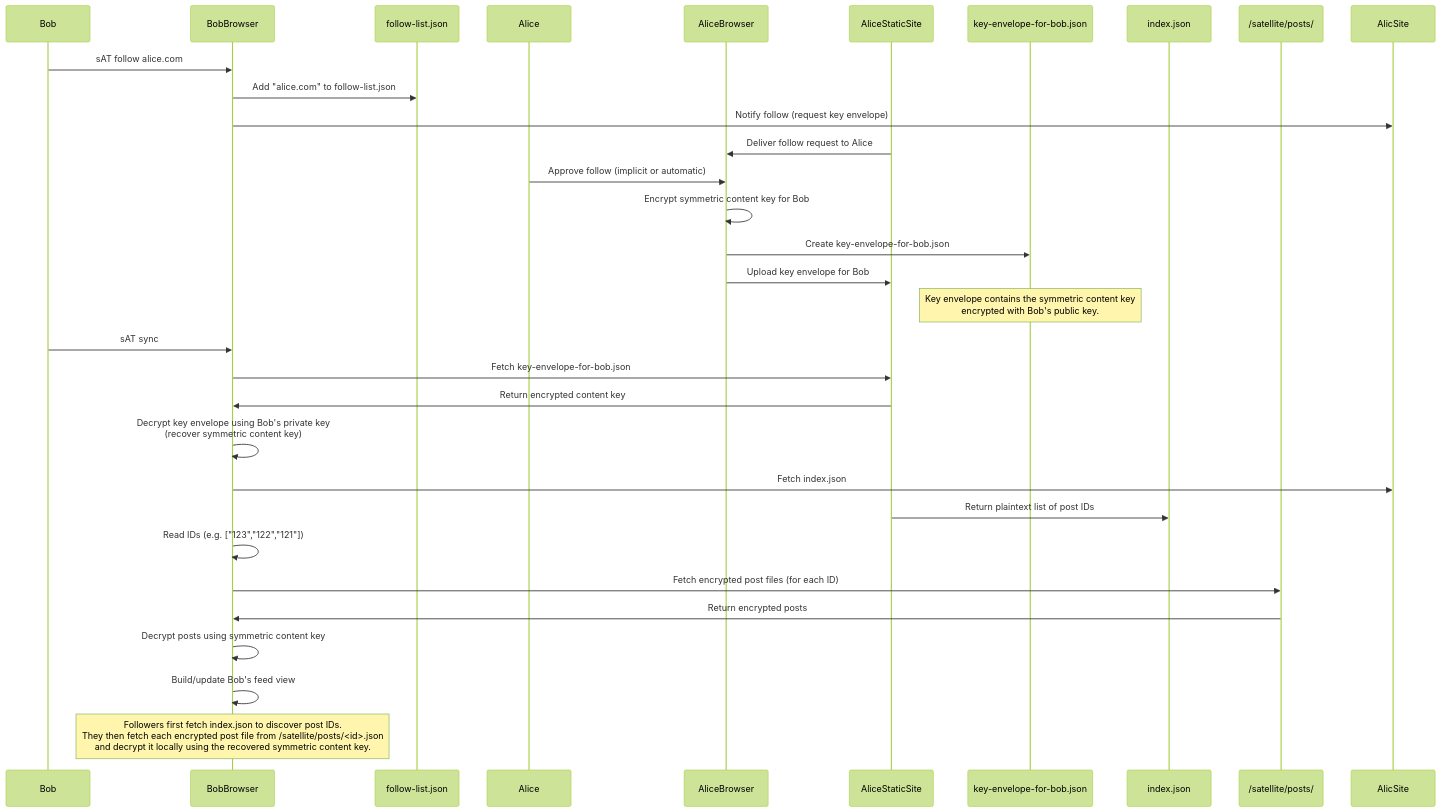
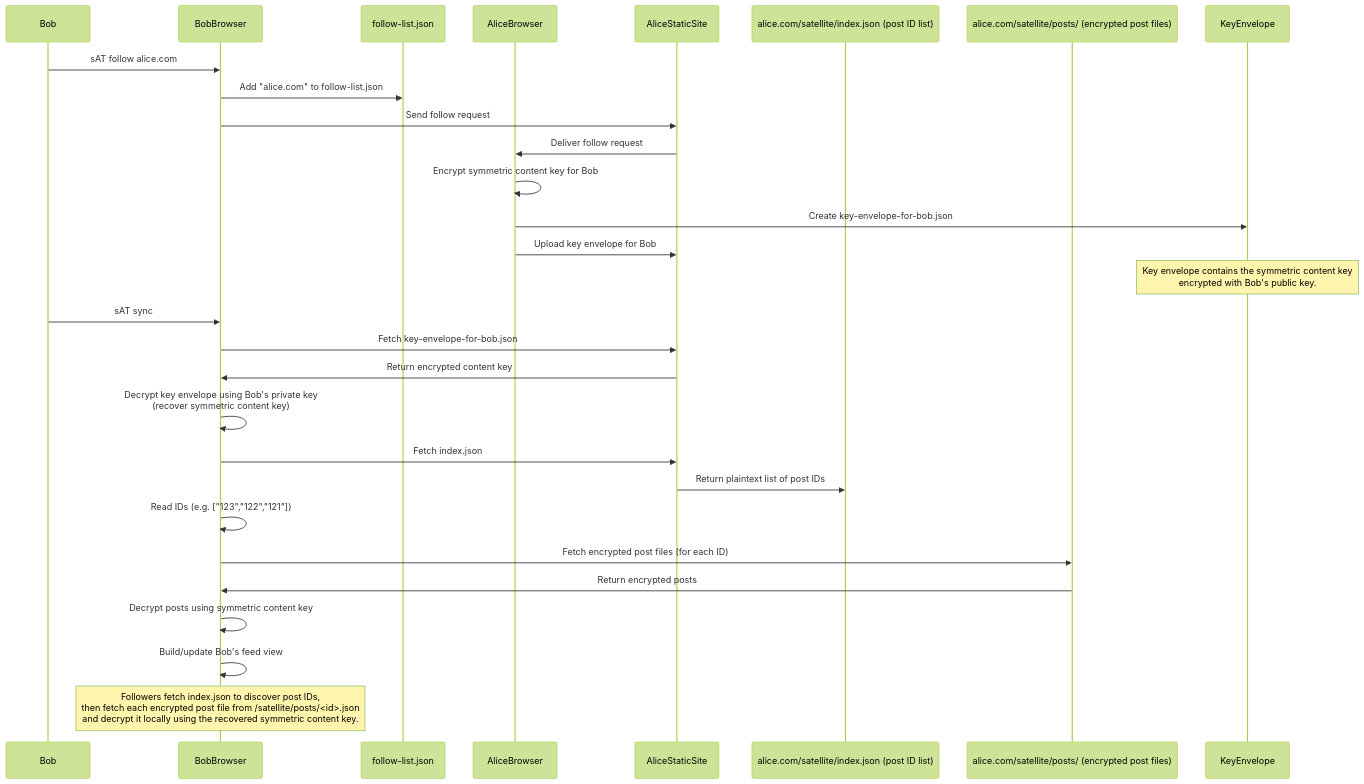
The eighth of 12 diagrams in alternatives.md (gargster/ELEC4712_Decentralised_Blog), drawn with Mermaid (forest theme) before and after one commit. The commit also changed other lines of this file, not shown here.

Commit message:
modified sequence diagram actors for clarity (s@)

````diff
--- a/alternatives.md
+++ b/alternatives.md
@@ -152,41 +152,39 @@
 ```mermaid
 sequenceDiagram
     participant Bob
     participant BobBrowser as BobBrowser
     participant BobFollowList as follow-list.json
-    participant Alice as Alice
     participant AliceBrowser as AliceBrowser
     participant AliceSite as AliceStaticSite
-    participant KeyEnvelope as key-envelope-for-bob.json
-    participant IndexFile as index.json
-    participant AlicePosts as /satellite/posts/
+    participant IndexFile as alice.com/satellite/index.json (post ID list)
+    participant AlicePosts as alice.com/satellite/posts/ (encrypted post files)
 
     Bob->>BobBrowser: sAT follow alice.com
     BobBrowser->>BobFollowList: Add "alice.com" to follow-list.json
 
-    BobBrowser->>AlicSite: Notify follow (request key envelope)
-    AliceSite->>AliceBrowser: Deliver follow request to Alice
+    BobBrowser->>AliceSite: Send follow request
+    AliceSite->>AliceBrowser: Deliver follow request
 
-    Alice->>AliceBrowser: Approve follow (implicit or automatic)
     AliceBrowser->>AliceBrowser: Encrypt symmetric content key for Bob
     AliceBrowser->>KeyEnvelope: Create key-envelope-for-bob.json
     AliceBrowser->>AliceSite: Upload key envelope for Bob
 
     Note over KeyEnvelope: Key envelope contains the symmetric content key<br>encrypted with Bob's public key.
 
     Bob->>BobBrowser: sAT sync
     BobBrowser->>AliceSite: Fetch key-envelope-for-bob.json
     AliceSite->>BobBrowser: Return encrypted content key
     BobBrowser->>BobBrowser: Decrypt key envelope using Bob's private key<br>(recover symmetric content key)
 
-    BobBrowser->>AlicSite: Fetch index.json
+    BobBrowser->>AliceSite: Fetch index.json
     AliceSite->>IndexFile: Return plaintext list of post IDs
     BobBrowser->>BobBrowser: Read IDs (e.g. ["123","122","121"])
 
     BobBrowser->>AlicePosts: Fetch encrypted post files (for each ID)
     AlicePosts->>BobBrowser: Return encrypted posts
-    BobBrowser->>BobBrowser: Decrypt posts using symmetric content key 
+    BobBrowser->>BobBrowser: Decrypt posts using symmetric content key
     BobBrowser->>BobBrowser: Build/update Bob's feed view
 
-    Note over BobBrowser: Followers first fetch index.json to discover post IDs.<br>They then fetch each encrypted post file from /satellite/posts/<id>.json<br>and decrypt it locally using the recovered symmetric content key.
+    Note over BobBrowser: Followers fetch index.json to discover post IDs,<br>then fetch each encrypted post file from /satellite/posts/<id>.json<br>and decrypt it locally using the recovered symmetric content key.
+
 ```
````
